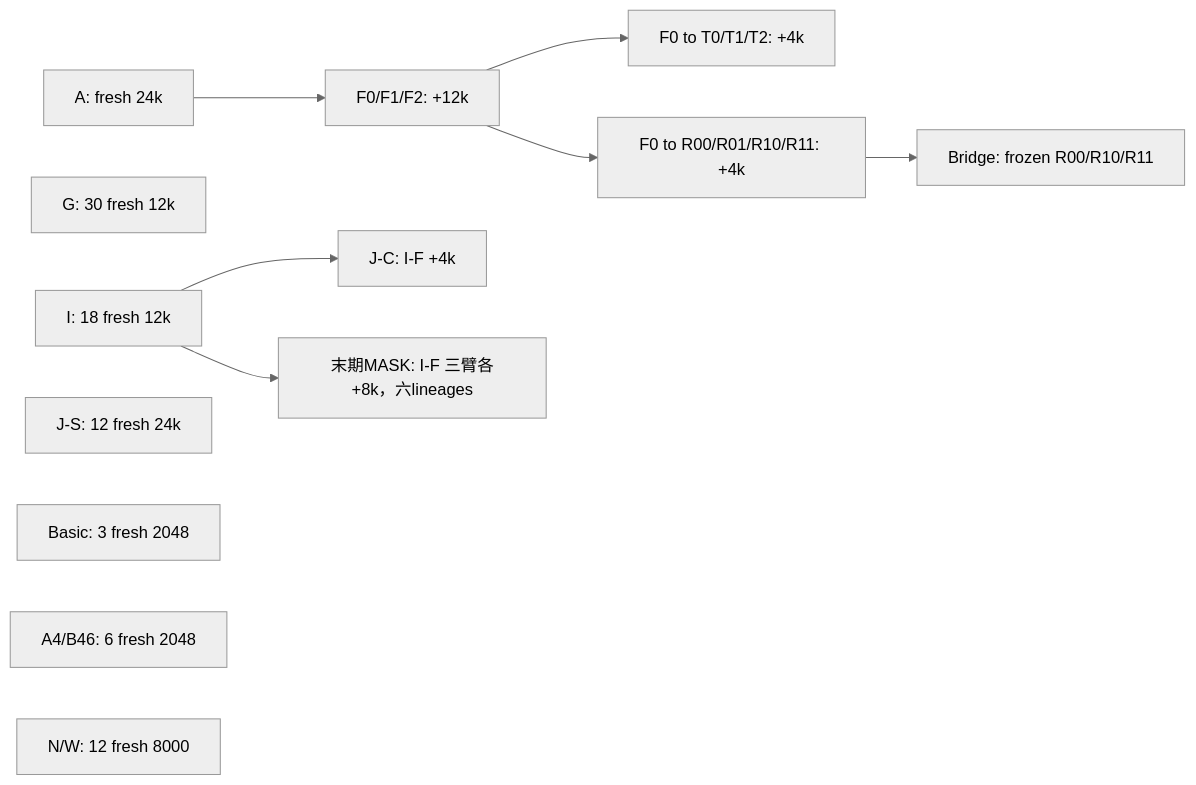
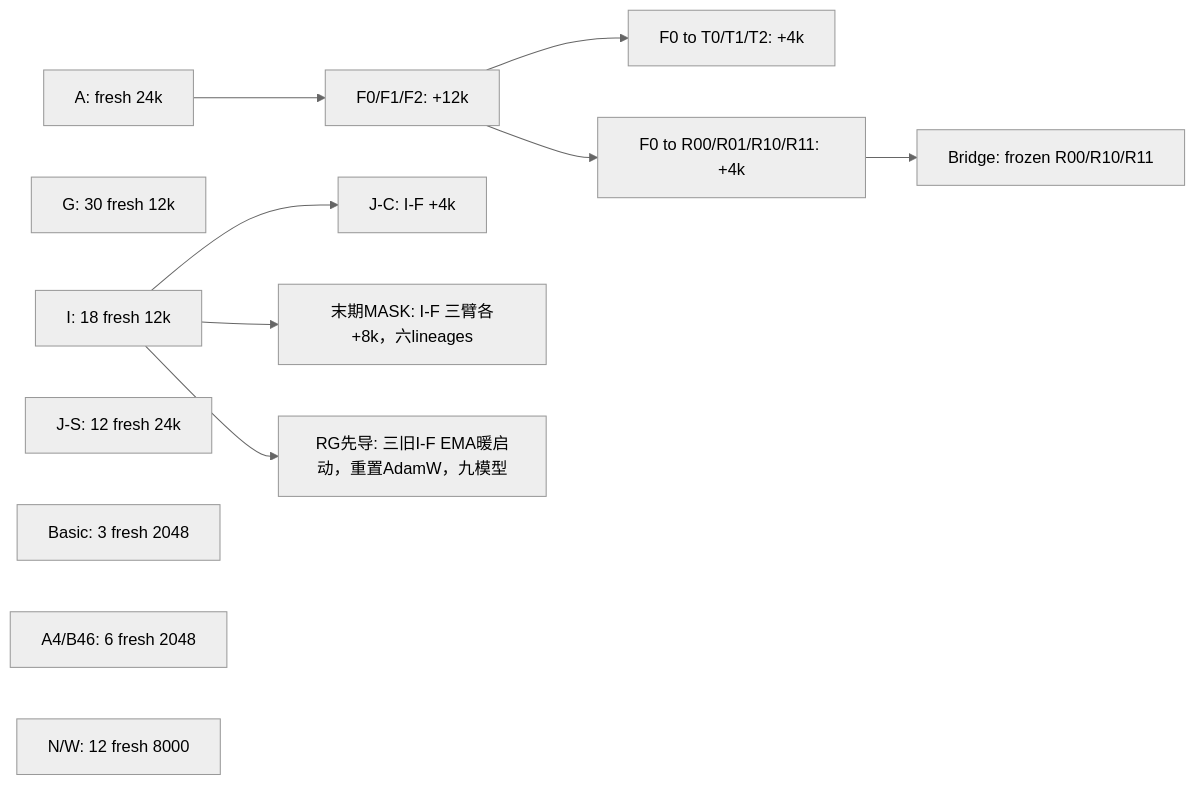
The second of 2 diagrams in experiments/README.md (zxfly666/ISM), drawn with Mermaid (neutral theme) before and after one commit. The commit also changed other lines of this file and 407 other files, not shown here.

````diff
--- a/experiments/README.md
+++ b/experiments/README.md
@@ -61,14 +66,15 @@
 ```mermaid
 flowchart LR
   A[A: fresh 24k] --> F[F0/F1/F2: +12k]
   F --> T[F0 to T0/T1/T2: +4k]
   F --> R[F0 to R00/R01/R10/R11: +4k]
   R --> B[Bridge: frozen R00/R10/R11]
   G[G: 30 fresh 12k]
   I[I: 18 fresh 12k] --> JC[J-C: I-F +4k]
   I --> ME[末期MASK: I-F 三臂各+8k，六lineages]
+  I --> RG[RG先导: 三旧I-F EMA暖启动，重置AdamW，九模型]
   JS[J-S: 12 fresh 24k]
   E[Basic: 3 fresh 2048]
   M[A4/B46: 6 fresh 2048]
   N[N/W: 12 fresh 8000]
 ```
````
